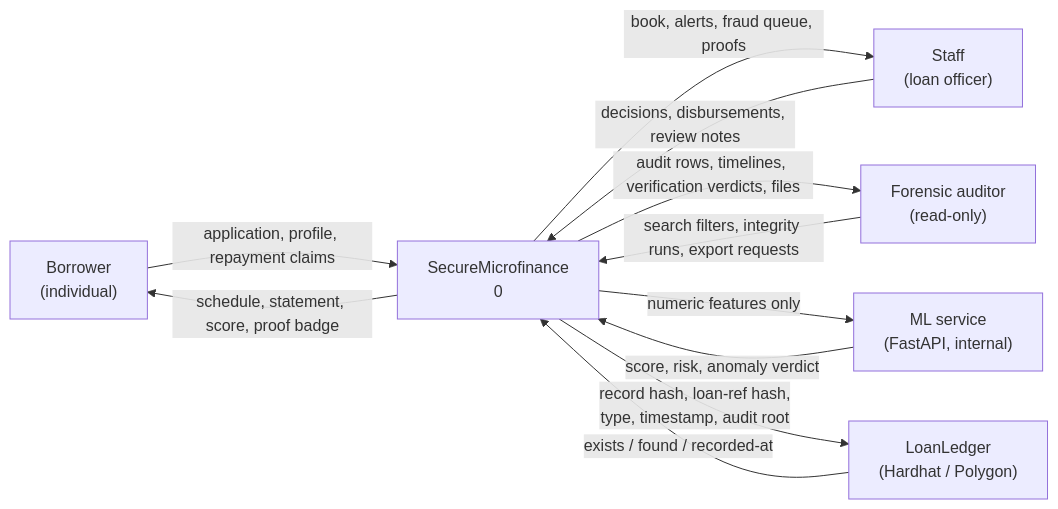
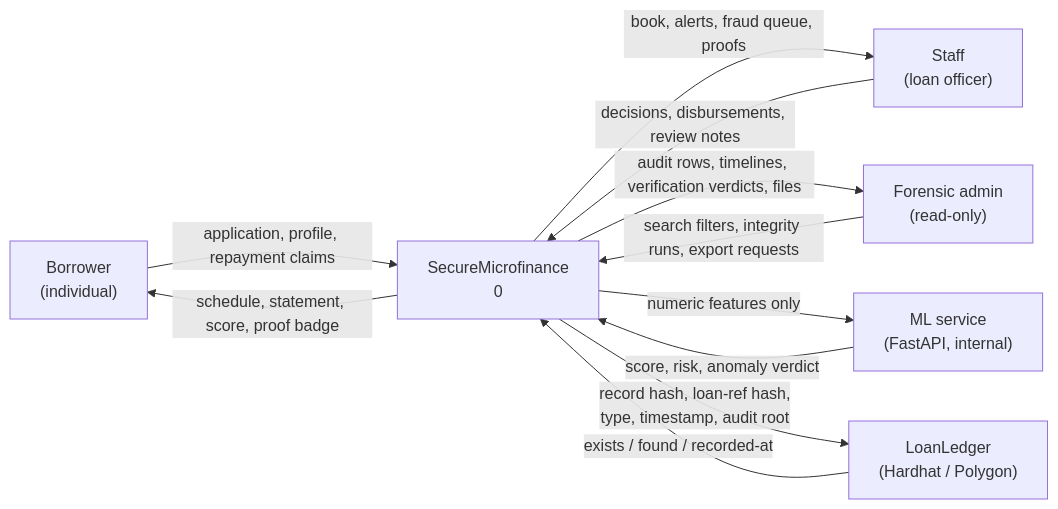
One commit to MelewaMathan/finance changed the first of 3 diagrams in docs/DFD.md. Above: the diagram before and after it, drawn with Mermaid. The commit also changed other lines of this file and 41 other files, not shown here.

````diff
--- a/docs/DFD.md
+++ b/docs/DFD.md
@@ -9,24 +9,24 @@
 ```mermaid
 flowchart LR
     B["Borrower<br/>(individual)"]
     L["Staff<br/>(loan officer)"]
-    A["Forensic auditor<br/>(read-only)"]
+    A["Forensic admin<br/>(read-only)"]
     S["SecureMicrofinance<br/>0"]
     ML["ML service<br/>(FastAPI, internal)"]
     CH["LoanLedger<br/>(Hardhat / Polygon)"]
 
     B -->|"application, profile, repayment claims"| S
     S -->|"schedule, statement, score, proof badge"| B
 
     L -->|"decisions, disbursements, review notes"| S
     S -->|"book, alerts, fraud queue, proofs"| L
 
     A -->|"search filters, integrity runs, export requests"| S
     S -->|"audit rows, timelines, verification verdicts, files"| A
 
     S -->|"numeric features only"| ML
     ML -->|"score, risk, anomaly verdict"| S
 
     S -->|"record hash, loan-ref hash,<br/>type, timestamp, audit root"| CH
     CH -->|"exists / found / recorded-at"| S
 ```
````
